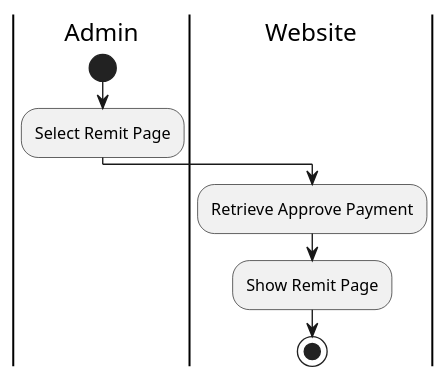
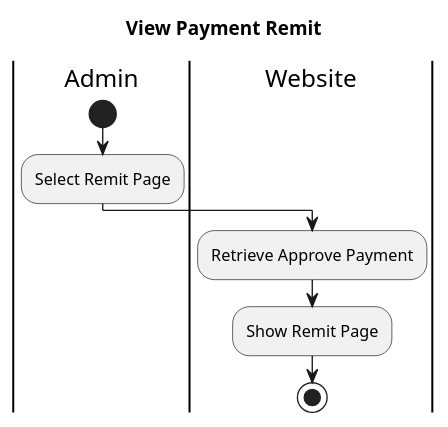
One commit to AntWort21/BHFMS changed the diagram in Design/BHFMS_ACTIVITY/Admin/Payment/View Payment Remit.puml. Above: the diagram before and after it, drawn with PlantUML. The commit also changed 23 other files, not shown here.

```diff
--- a/Design/BHFMS_ACTIVITY/Admin/Payment/View Payment Remit.puml
+++ b/Design/BHFMS_ACTIVITY/Admin/Payment/View Payment Remit.puml
@@ -1,9 +1,10 @@
 @startuml
+title View Payment Remit
 |Admin|
 start
 :Select Remit Page;
 |Website|
 :Retrieve Approve Payment;
 :Show Remit Page;
 stop
 @enduml
```
